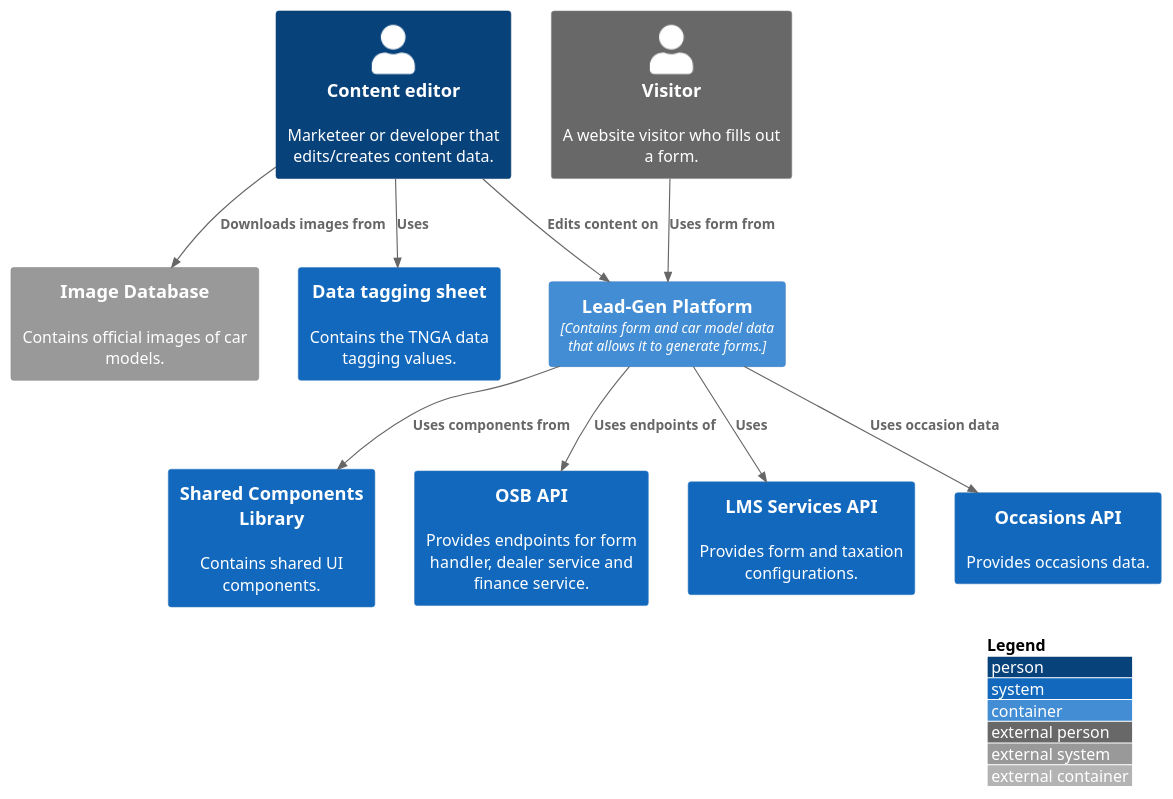
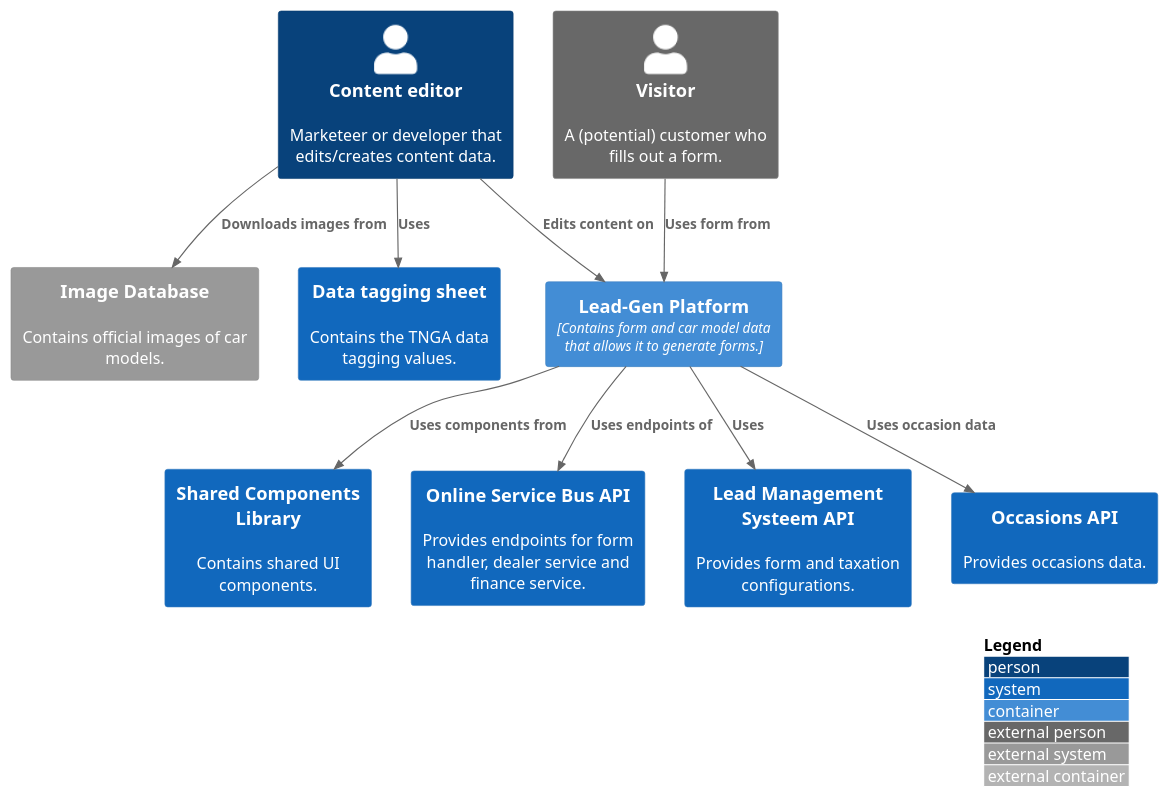
Before and after one commit to gitwazzup/lead-gen-c4: the diagram in src/context.puml, drawn with PlantUML. The commit also changed 11 other files, not shown here.

Commit message:
updated context and container diagram

```diff
--- a/src/context.puml
+++ b/src/context.puml
@@ -1,25 +1,25 @@
 @startuml
 !include https://raw.githubusercontent.com/adrianvlupu/C4-PlantUML/latest/C4_Context.puml
 !include https://raw.githubusercontent.com/plantuml-stdlib/C4-PlantUML/master/C4_Container.puml
 
 LAYOUT_WITH_LEGEND()
 
 Person(editor, "Content editor", "Marketeer or developer that edits/creates content data.")
-Person_Ext(visitor, "Visitor", "A website visitor who fills out a form.")
+Person_Ext(visitor, "Visitor", "A (potential) customer who fills out a form.")
 Container(leadgen, "Lead-Gen Platform", "Contains form and car model data that allows it to generate forms.")
 System(cmp, "Shared Components Library", "Contains shared UI components.")
-System(osb, "OSB API", "Provides endpoints for form handler, dealer service and finance service.")
-System(lms, "LMS Services API", "Provides form and taxation configurations.")
+System(osb, "Online Service Bus API", "Provides endpoints for form handler, dealer service and finance service.")
+System(lms, "Lead Management Systeem API", "Provides form and taxation configurations.")
 System(occasions, "Occasions API", "Provides occasions data.")
 System_Ext(img, "Image Database", "Contains official images of car models.")
 System(data, "Data tagging sheet", "Contains the TNGA data tagging values.")
 
 Rel(editor, leadgen, "Edits content on")
 Rel(visitor, leadgen, "Uses form from")
 Rel(leadgen, cmp, "Uses components from")
 Rel(leadgen, osb, "Uses endpoints of")
 Rel(leadgen, lms, "Uses")
 Rel(leadgen, occasions, "Uses occasion data")
 Rel(editor, img, "Downloads images from")
 Rel(editor, data, "Uses")
 @enduml
```
